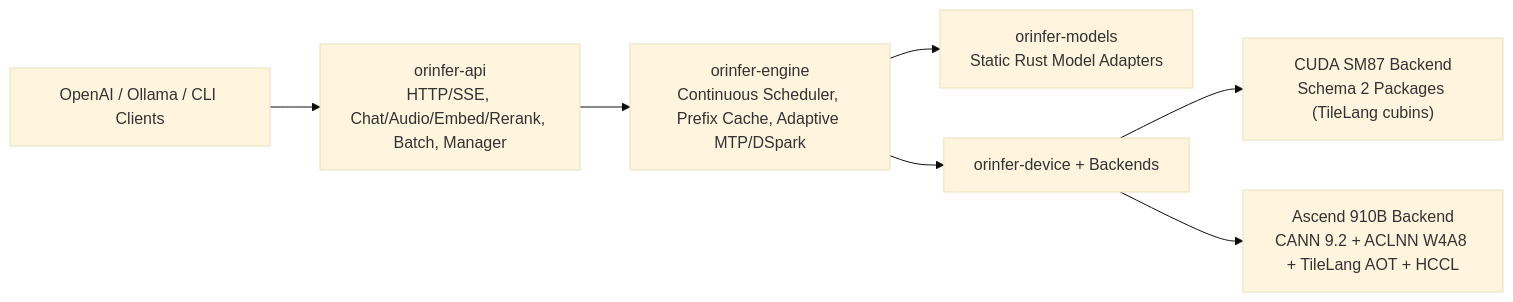
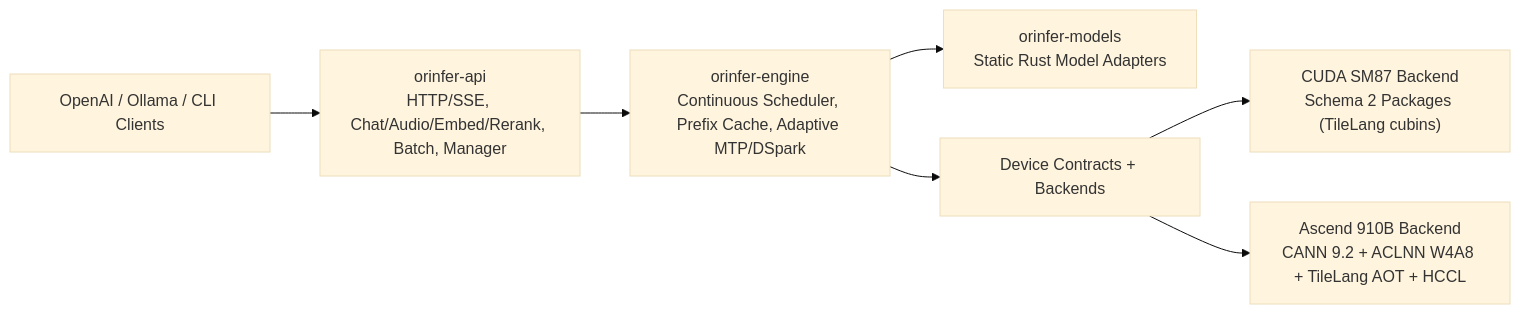
One commit to iMMIQ/orinfer changed the diagram in docs/README.md. Above: the diagram before and after it, drawn with Mermaid (base theme). The commit also changed 130 other files, not shown here.

First line of the commit message:
refactor: remove legacy runtimes, merge orinfer-device, and deduplicate kernels and pipelines

````diff
--- a/docs/README.md
+++ b/docs/README.md
@@ -9,9 +9,9 @@
 ```mermaid
 flowchart LR
     Client["OpenAI / Ollama / CLI Clients"] --> API["orinfer-api<br/>HTTP/SSE, Chat/Audio/Embed/Rerank, Batch, Manager"]
     API --> Engine["orinfer-engine<br/>Continuous Scheduler, Prefix Cache, Adaptive MTP/DSpark"]
     Engine --> Models["orinfer-models<br/>Static Rust Model Adapters"]
-    Engine --> Device["orinfer-device + Backends"]
+    Engine --> Device["Device Contracts + Backends"]
     Device --> CUDA["CUDA SM87 Backend<br/>Schema 2 Packages (TileLang cubins)"]
     Device --> Ascend["Ascend 910B Backend<br/>CANN 9.2 + ACLNN W4A8 + TileLang AOT + HCCL"]
 ```
````
